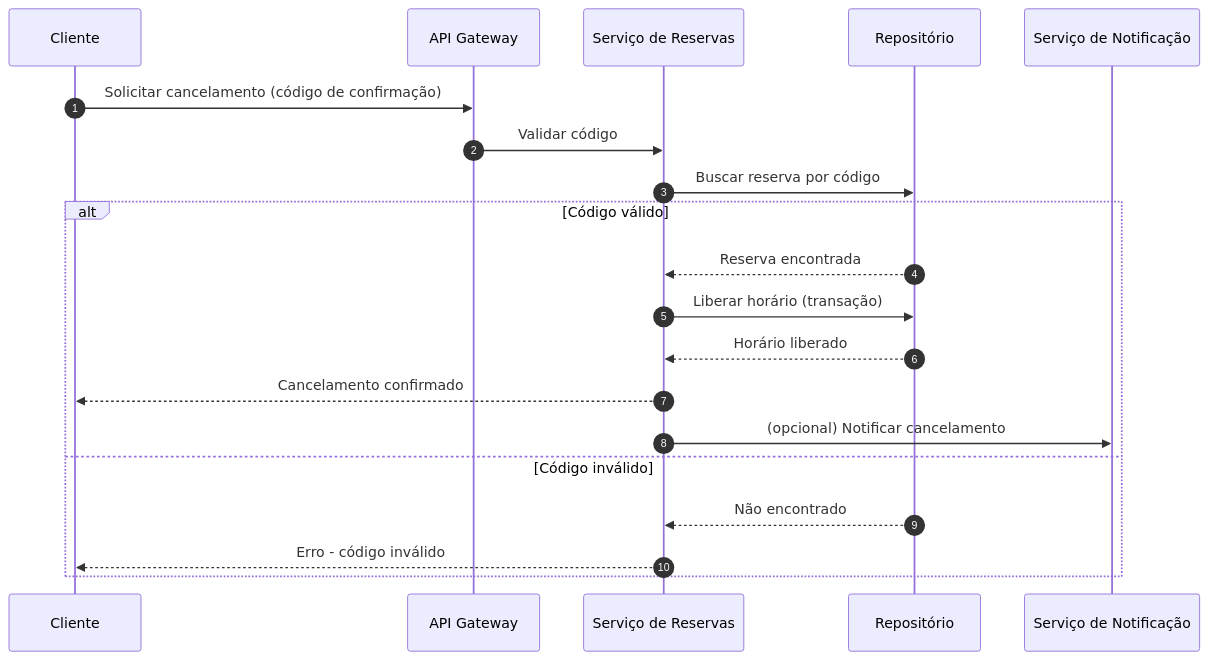
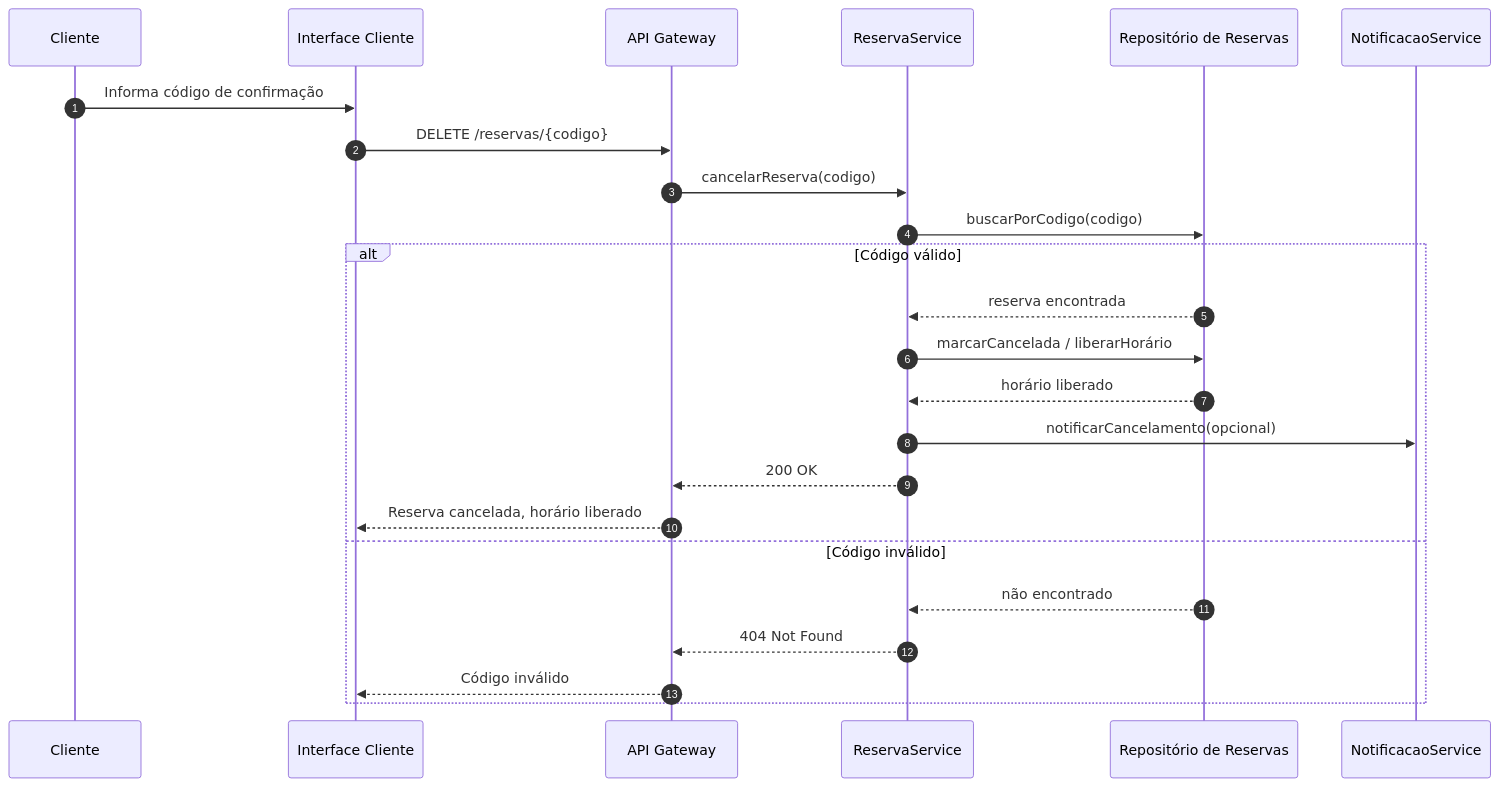
Before and after one commit to PDC-ESIA/AI4ES: the third of 4 diagrams in docs/Time_2_Design/analise-qualitativa/outputs/relatorio_claude_opus_4_8_P05.md, drawn with Mermaid. The commit also changed other lines of this file and 107 other files, not shown here.

````diff
--- a/docs/Time_2_Design/analise-qualitativa/outputs/relatorio_claude_opus_4_8_P05.md
+++ b/docs/Time_2_Design/analise-qualitativa/outputs/relatorio_claude_opus_4_8_P05.md
@@ -103,23 +109,27 @@
 ```mermaid
 sequenceDiagram
     autonumber
     participant C as Cliente
+    participant UI as Interface Cliente
     participant GW as API Gateway
-    participant RES as Serviço de Reservas
-    participant REPO as Repositório
-    participant NOT as Serviço de Notificação
+    participant RS as ReservaService
+    participant RR as Repositório de Reservas
+    participant NS as NotificacaoService
 
-    C->>GW: Solicitar cancelamento (código de confirmação)
-    GW->>RES: Validar código
-    RES->>REPO: Buscar reserva por código
+    C->>UI: Informa código de confirmação
+    UI->>GW: DELETE /reservas/{codigo}
+    GW->>RS: cancelarReserva(codigo)
+    RS->>RR: buscarPorCodigo(codigo)
     alt Código válido
-        REPO-->>RES: Reserva encontrada
-        RES->>REPO: Liberar horário (transação)
-        REPO-->>RES: Horário liberado
-        RES-->>C: Cancelamento confirmado
-        RES->>NOT: (opcional) Notificar cancelamento
+        RR-->>RS: reserva encontrada
+        RS->>RR: marcarCancelada / liberarHorário
+        RR-->>RS: horário liberado
+        RS->>NS: notificarCancelamento(opcional)
+        RS-->>GW: 200 OK
+        GW-->>UI: Reserva cancelada, horário liberado
     else Código inválido
-        REPO-->>RES: Não encontrado
-        RES-->>C: Erro - código inválido
+        RR-->>RS: não encontrado
+        RS-->>GW: 404 Not Found
+        GW-->>UI: Código inválido
     end
 ```
````
